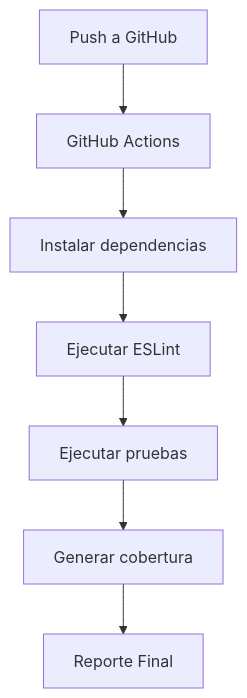
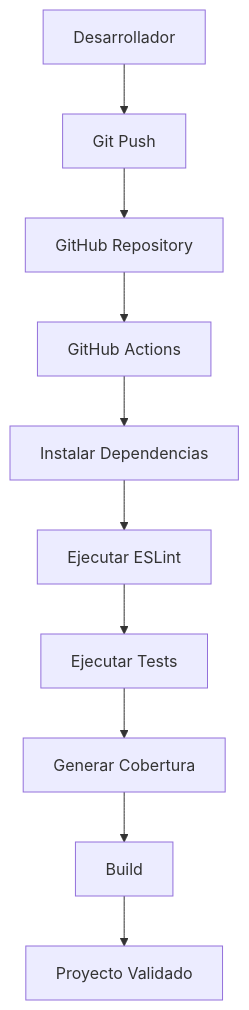
One commit to Jhotadp/mini-proyecto-ci changed the diagram in CI_REPORT.md. Above: the diagram before and after it, drawn with Mermaid. The commit also changed other lines of this file and 2 other files, not shown here.

Commit message:
Proyecto final de Integración Continua

````diff
--- a/CI_REPORT.md
+++ b/CI_REPORT.md
@@ -11,16 +47,30 @@
 ```mermaid
 graph TD
 
-A[Push a GitHub]
---> B[GitHub Actions]
+A[Desarrollador]
+--> B[Git Push]
 
-B --> C[Instalar dependencias]
+B
+--> C[GitHub Repository]
 
-C --> D[Ejecutar ESLint]
+C
+--> D[GitHub Actions]
 
-D --> E[Ejecutar pruebas]
+D
+--> E[Instalar Dependencias]
 
-E --> F[Generar cobertura]
+E
+--> F[Ejecutar ESLint]
 
-F --> G[Reporte Final]
+F
+--> G[Ejecutar Tests]
+
+G
+--> H[Generar Cobertura]
+
+H
+--> I[Build]
+
+I
+--> J[Proyecto Validado]
 ```
````
